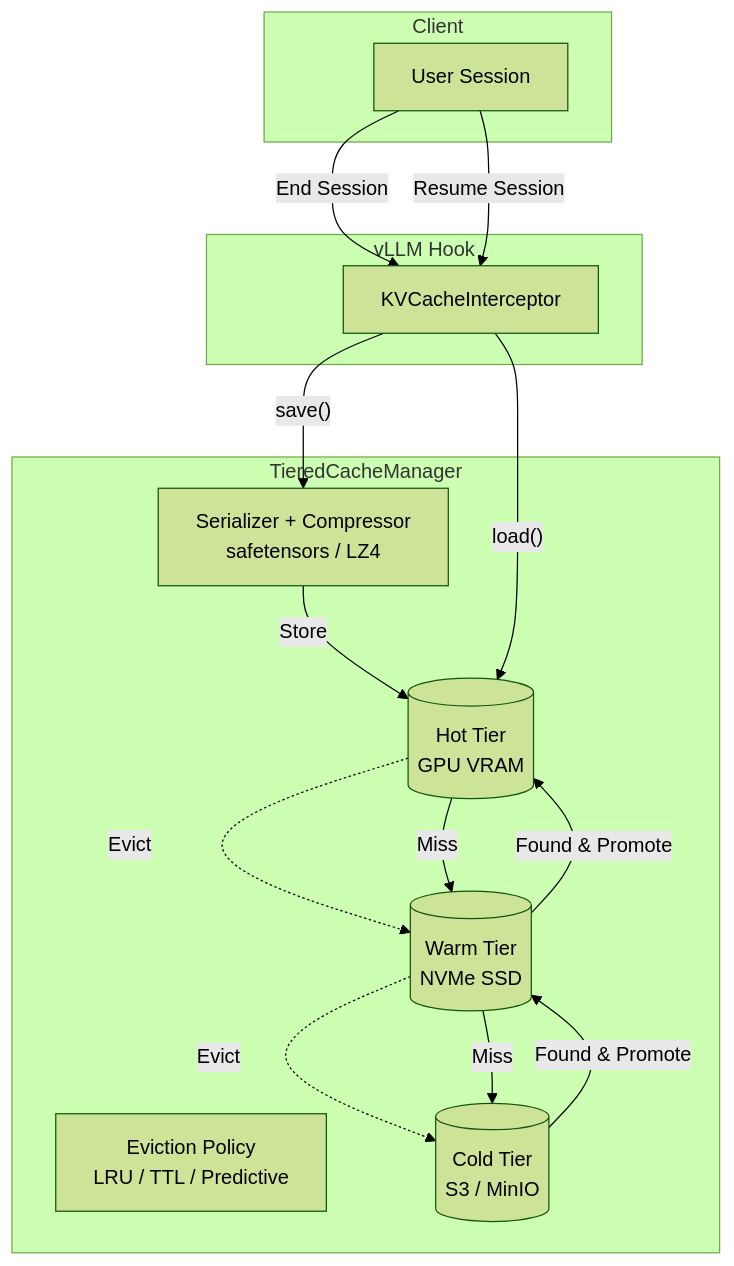
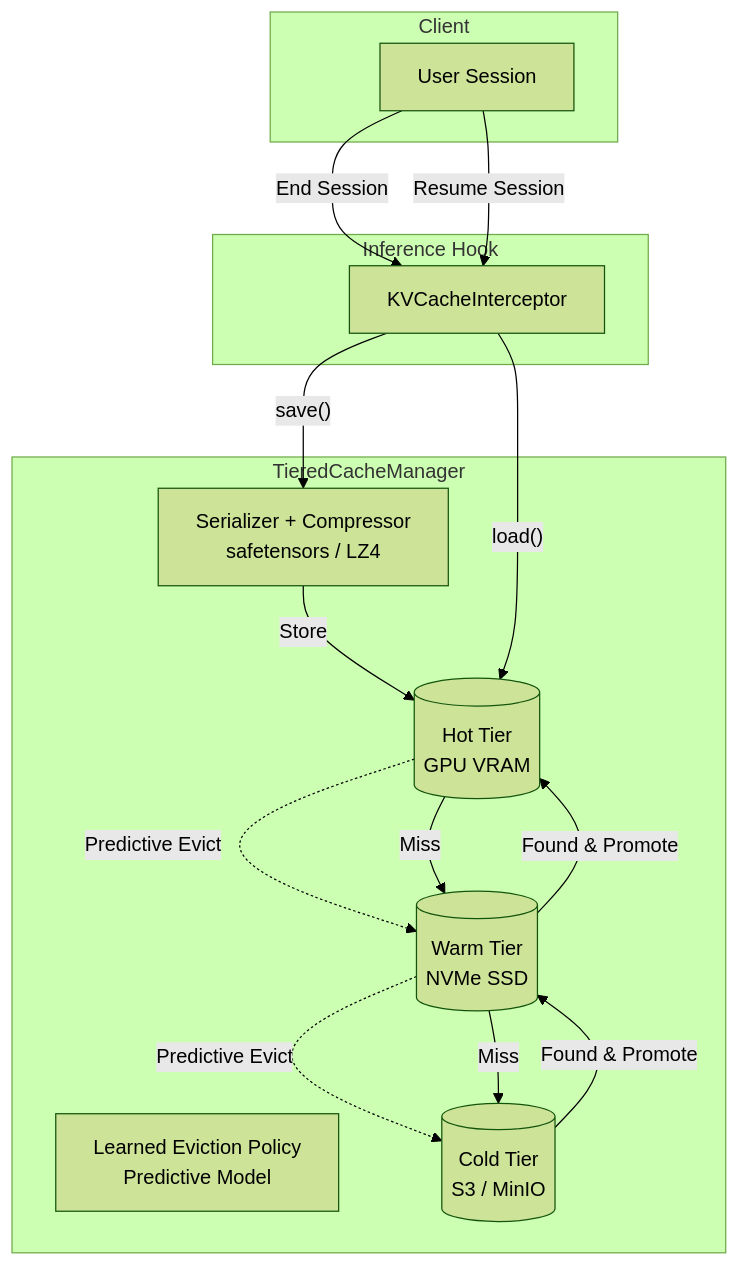
Before and after one commit to aditya-lawankar/kv-cache-tier-persistence: the diagram in README.md, drawn with Mermaid (forest theme). The commit also changed other lines of this file and 23 other files, not shown here.

````diff
--- a/README.md
+++ b/README.md
@@ -62,33 +55,33 @@
 ```mermaid
 flowchart TD
     subgraph Client
         U["User Session"]
     end
 
-    subgraph "vLLM Hook"
+    subgraph "Inference Hook"
         I["KVCacheInterceptor"]
     end
 
     subgraph TieredCacheManager
-        E["Eviction Policy<br/>LRU / TTL / Predictive"]
+        E["Learned Eviction Policy<br/>Predictive Model"]
         S["Serializer + Compressor<br/>safetensors / LZ4"]
 
         H[("Hot Tier<br/>GPU VRAM")]
         W[("Warm Tier<br/>NVMe SSD")]
         C[("Cold Tier<br/>S3 / MinIO")]
     end
 
     U -->|"End Session"| I
     I -->|"save()"| S
     S -->|"Store"| H
 
-    H -.->|"Evict"| W
-    W -.->|"Evict"| C
+    H -.->|"Predictive Evict"| W
+    W -.->|"Predictive Evict"| C
 
     U -->|"Resume Session"| I
     I -->|"load()"| H
     H -->|"Miss"| W
     W -->|"Miss"| C
     C -->|"Found & Promote"| W
     W -->|"Found & Promote"| H
 ```
````
